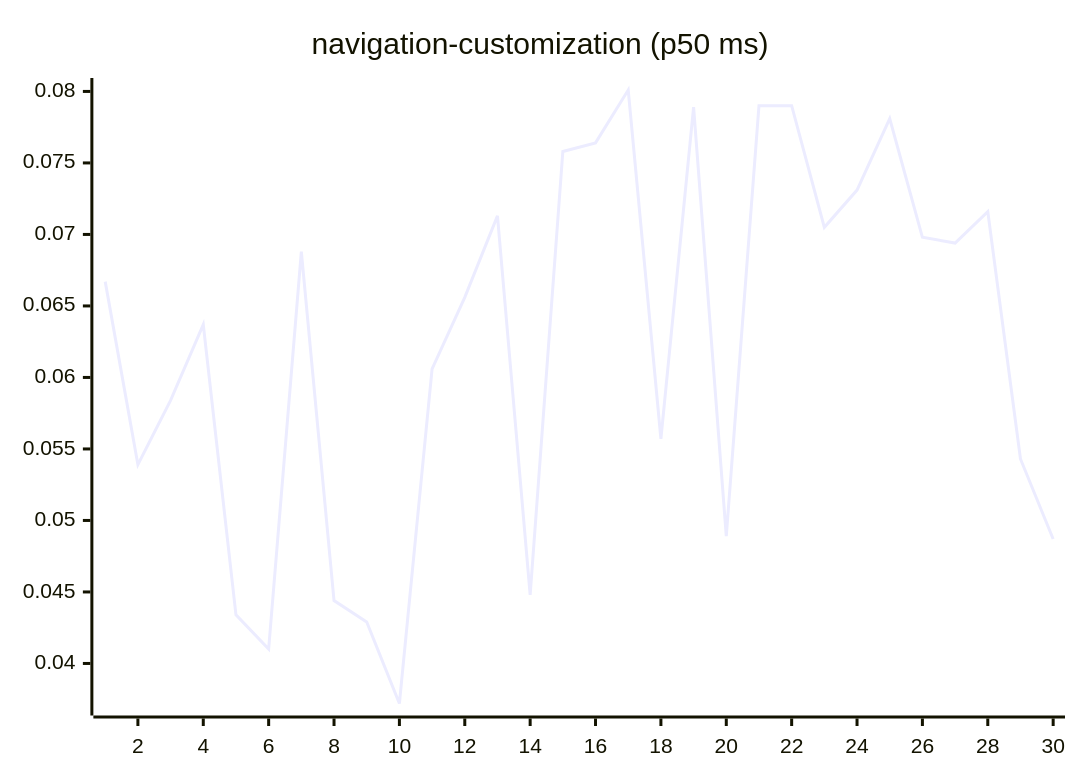
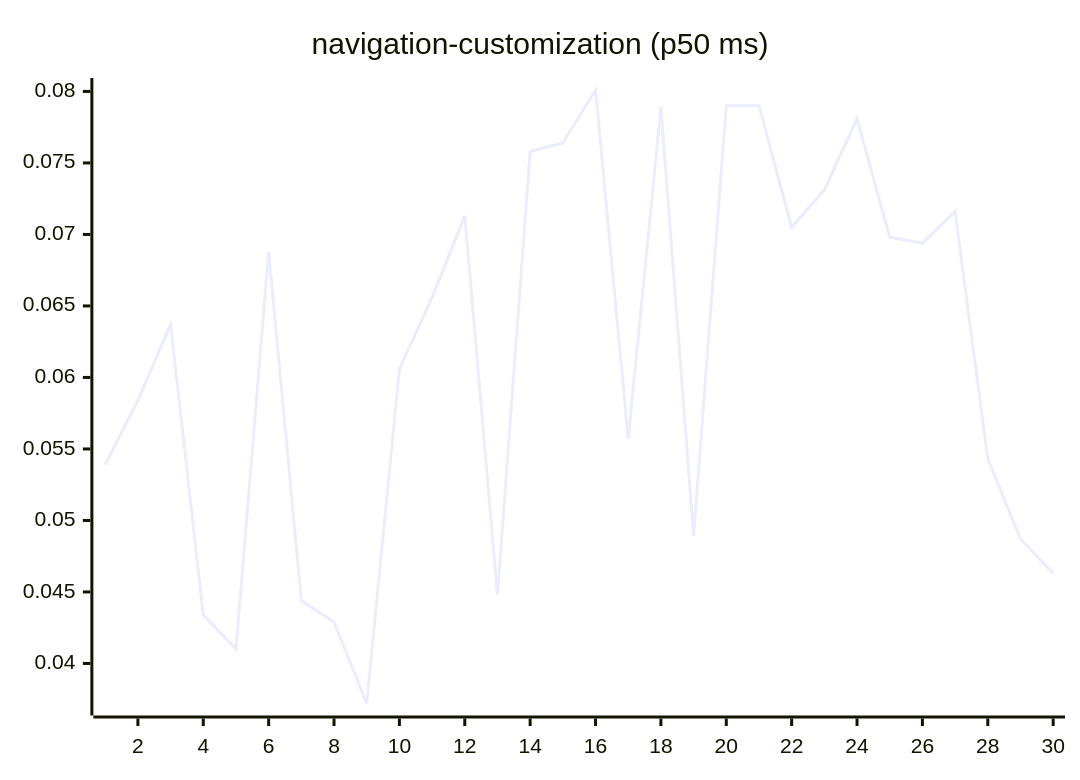
Before and after one commit to josha/Facet: diagram 15 of 27 in README.md, drawn with Mermaid. The commit also changed other lines of this file and 2 other files, not shown here.

````diff
--- a/README.md
+++ b/README.md
@@ -161,6 +161,6 @@
 ```mermaid
 xychart-beta
     title "navigation-customization (p50 ms)"
     x-axis 1 --> 30
-    line [0.0667, 0.0539, 0.0584, 0.0637, 0.0434, 0.0410, 0.0688, 0.0444, 0.0429, 0.0372, 0.0606, 0.0656, 0.0713, 0.0448, 0.0758, 0.0764, 0.0801, 0.0557, 0.0789, 0.0489, 0.0790, 0.0790, 0.0705, 0.0731, 0.0781, 0.0698, 0.0694, 0.0716, 0.0543, 0.0487]
+    line [0.0539, 0.0584, 0.0637, 0.0434, 0.0410, 0.0688, 0.0444, 0.0429, 0.0372, 0.0606, 0.0656, 0.0713, 0.0448, 0.0758, 0.0764, 0.0801, 0.0557, 0.0789, 0.0489, 0.0790, 0.0790, 0.0705, 0.0731, 0.0781, 0.0698, 0.0694, 0.0716, 0.0543, 0.0487, 0.0463]
 ```
````
